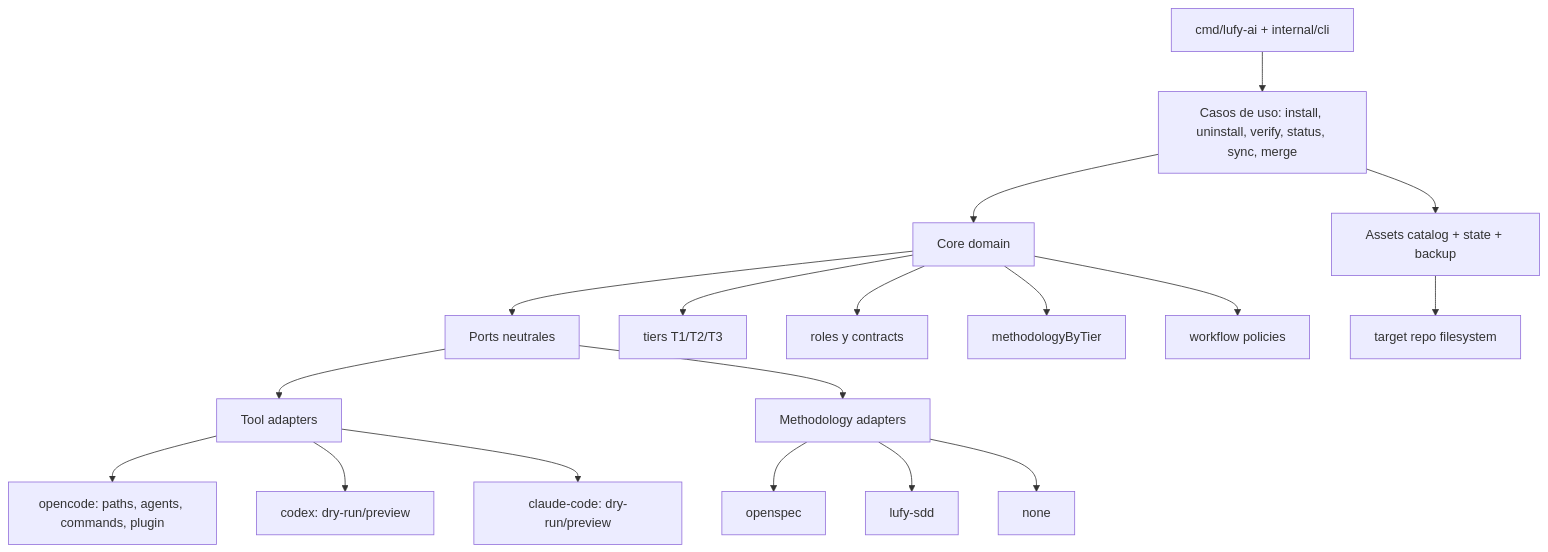
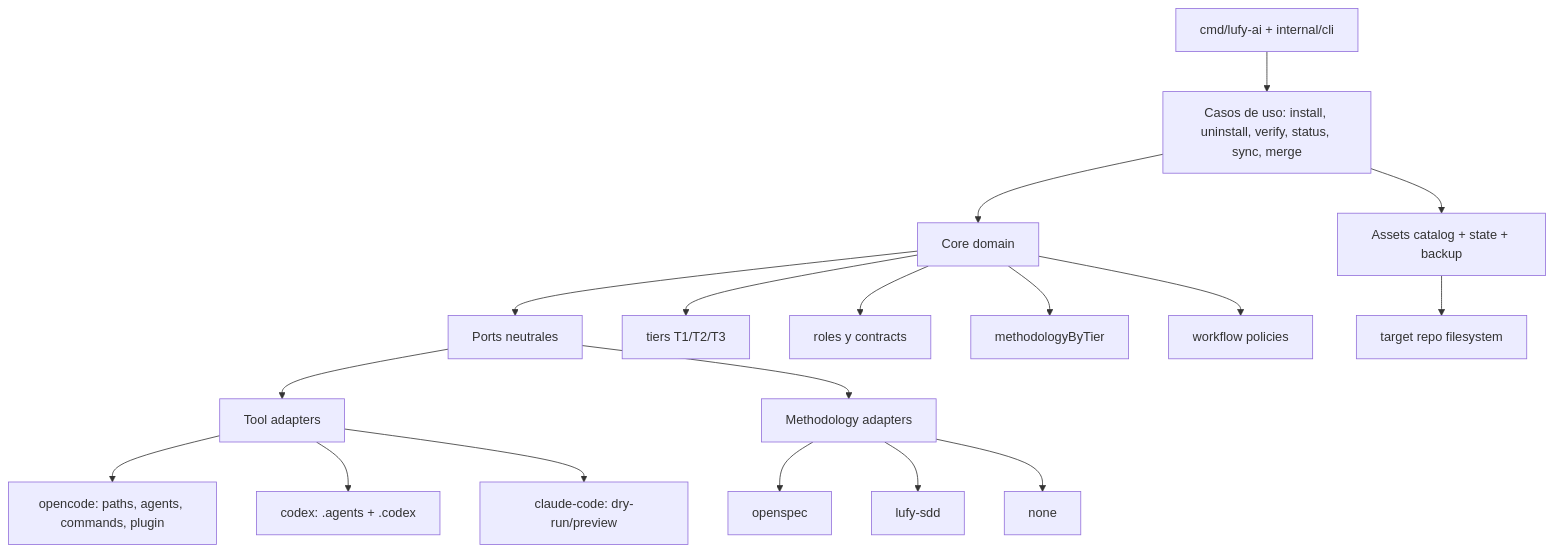
The first of 2 diagrams in docs/architecture.md (adrotech/lufy-ai), drawn with Mermaid before and after one commit. The commit also changed other lines of this file and 87 other files, not shown here.

````diff
--- a/docs/architecture.md
+++ b/docs/architecture.md
@@ -29,24 +30,24 @@
 ```mermaid
 flowchart TD
     CLI["cmd/lufy-ai + internal/cli"] --> App["Casos de uso: install, uninstall, verify, status, sync, merge"]
     App --> Domain["Core domain"]
     Domain --> Ports["Ports neutrales"]
     Ports --> ToolAdapters["Tool adapters"]
     Ports --> MethodAdapters["Methodology adapters"]
     App --> Assets["Assets catalog + state + backup"]
 
     Domain --> D1["tiers T1/T2/T3"]
     Domain --> D2["roles y contracts"]
     Domain --> D3["methodologyByTier"]
     Domain --> D4["workflow policies"]
 
     ToolAdapters --> OC["opencode: paths, agents, commands, plugin"]
-    ToolAdapters --> CX["codex: dry-run/preview"]
+    ToolAdapters --> CX["codex: .agents + .codex"]
     ToolAdapters --> CC["claude-code: dry-run/preview"]
 
     MethodAdapters --> OS["openspec"]
     MethodAdapters --> LS["lufy-sdd"]
     MethodAdapters --> NN["none"]
 
     Assets --> FS["target repo filesystem"]
 ```
````
